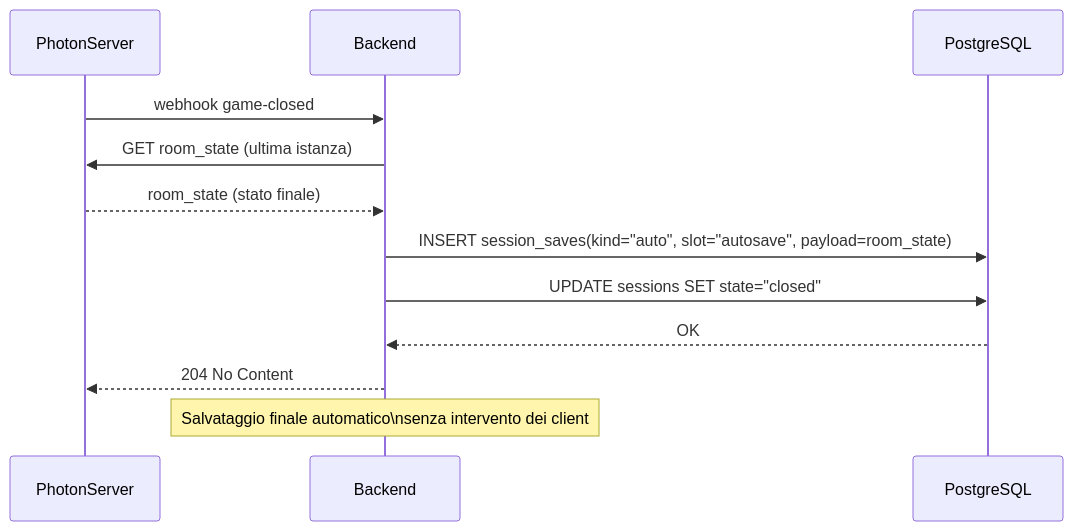
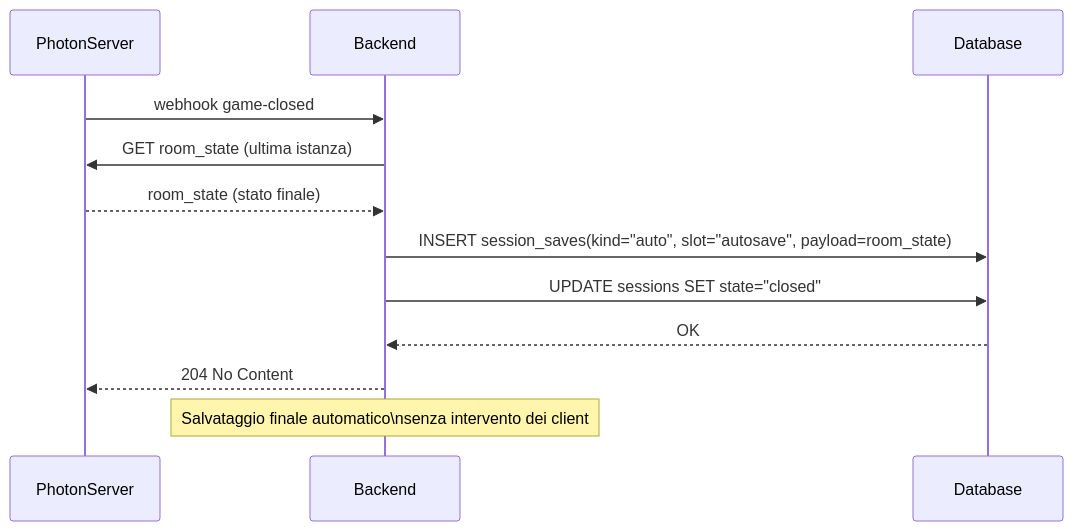
Before and after one commit to s-pittalis/Interview.SystemDesign.InteractiveMapVR: diagram 14 of 16 in README.md, drawn with Mermaid. The commit also changed other lines of this file, not shown here.

First line of the commit message:
Revise README with operational flow clarifications

````diff
--- a/README.md
+++ b/README.md
@@ -413,15 +416,15 @@
 ```mermaid
 sequenceDiagram
     participant P as PhotonServer
     participant B as Backend
-    participant DB as PostgreSQL
+    participant DB as Database
 
     P->>B: webhook game-closed
     B->>P: GET room_state (ultima istanza)
     P-->>B: room_state (stato finale)
     B->>DB: INSERT session_saves(kind="auto", slot="autosave", payload=room_state)
     B->>DB: UPDATE sessions SET state="closed"
     DB-->>B: OK
     B-->>P: 204 No Content
     note over B: Salvataggio finale automatico\nsenza intervento dei client
 ```
````
